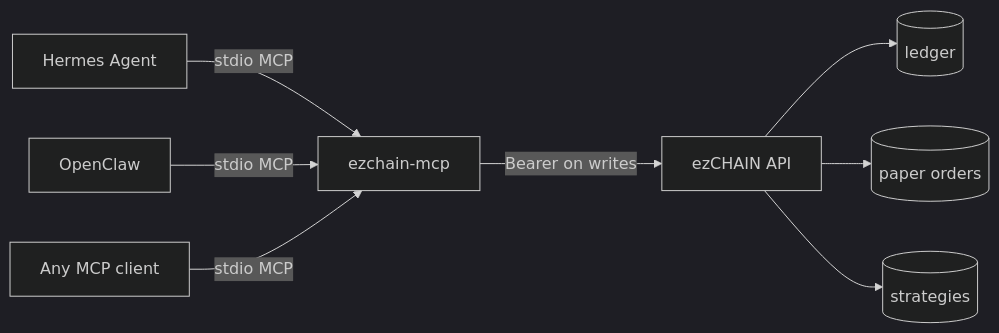
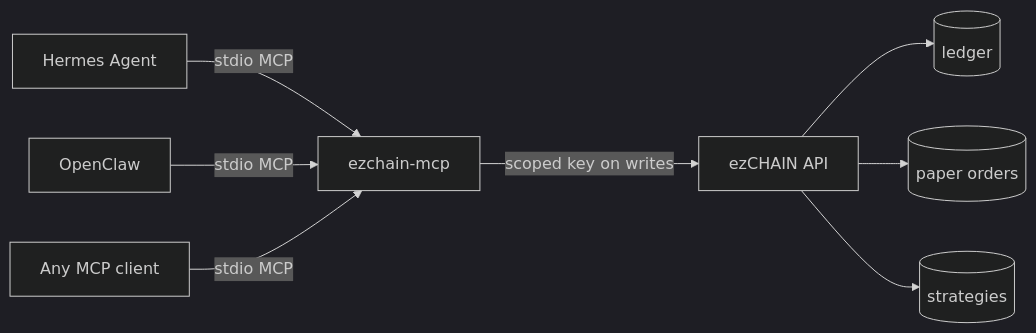
One commit to 0xJ1nn/ezchain changed the diagram in docs/AGENT-INTEGRATION.md. Above: the diagram before and after it, drawn with Mermaid (dark theme). The commit also changed other lines of this file and 14 other files, not shown here.

First line of the commit message:
fix(mcp): open writes only for a verified scoped key (#266)

````diff
--- a/docs/AGENT-INTEGRATION.md
+++ b/docs/AGENT-INTEGRATION.md
@@ -6,10 +6,10 @@
 ```mermaid
 flowchart LR
   H[Hermes Agent] -->|stdio MCP| M[ezchain-mcp]
   O[OpenClaw] -->|stdio MCP| M
   C[Any MCP client] -->|stdio MCP| M
-  M -->|Bearer on writes| A[ezCHAIN API]
+  M -->|scoped key on writes| A[ezCHAIN API]
   A --> L[(ledger)]
   A --> P[(paper orders)]
   A --> S[(strategies)]
 ```
````
